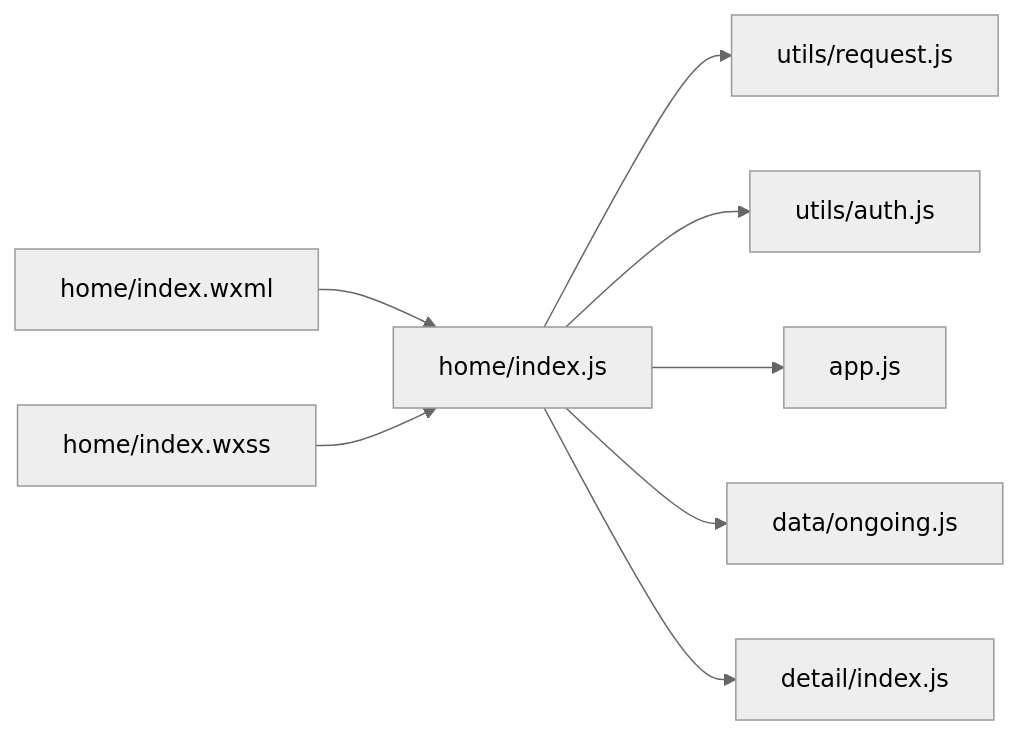
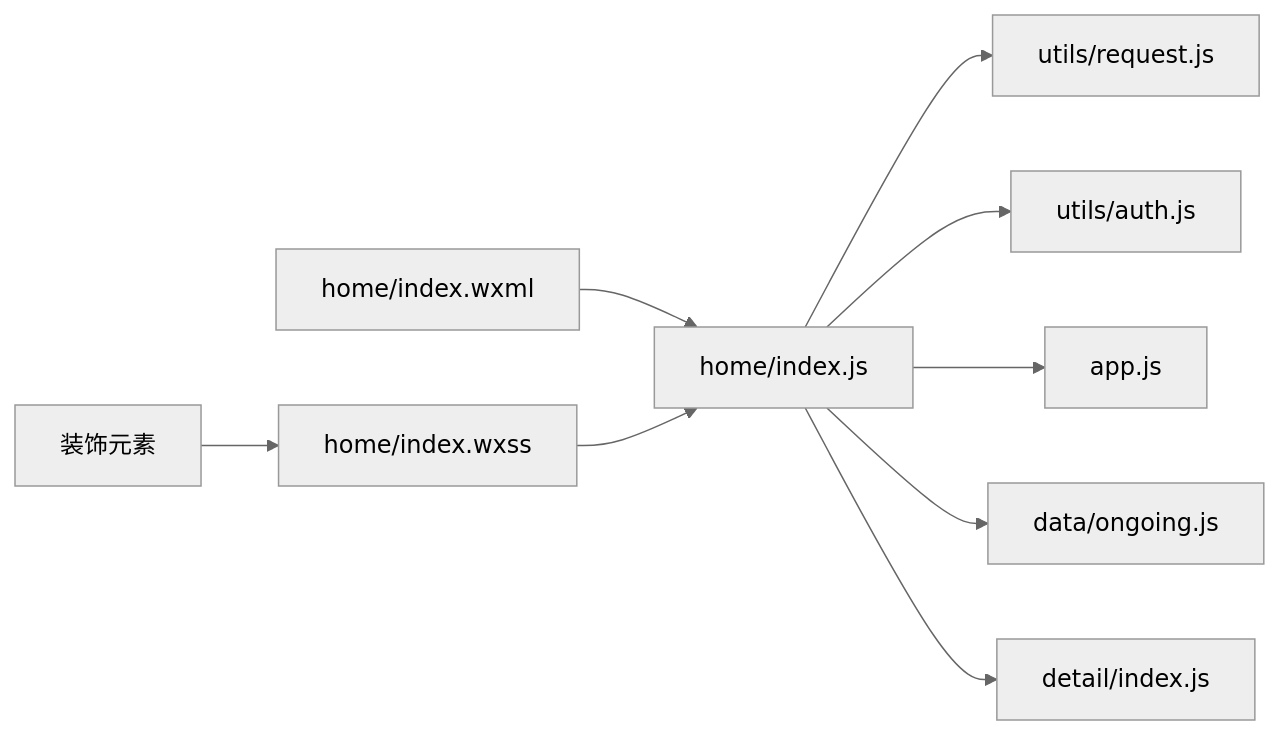
The tenth of 10 diagrams in .qoder/repowiki/zh/content/前端开发/页面组件开发/首页开发.md (cwxiao/zugeju), drawn with Mermaid (neutral theme) before and after one commit. The commit also changed other lines of this file and 39 other files, not shown here.

First line of the commit message:
前端优化：压缩UI装饰图至38KB + 精简各页面冗余文案

````diff
--- a/.qoder/repowiki/zh/content/前端开发/页面组件开发/首页开发.md
+++ b/.qoder/repowiki/zh/content/前端开发/页面组件开发/首页开发.md
@@ -336,10 +406,11 @@
 ```mermaid
 graph LR
 H["home/index.js"] --> Q["utils/request.js"]
 H --> AU["utils/auth.js"]
 H --> AP["app.js"]
 H --> D["data/ongoing.js"]
 H --> DETAIL["detail/index.js"]
 V["home/index.wxml"] --> H
 S["home/index.wxss"] --> H
+DECOR["装饰元素"] --> S
 ```
````
